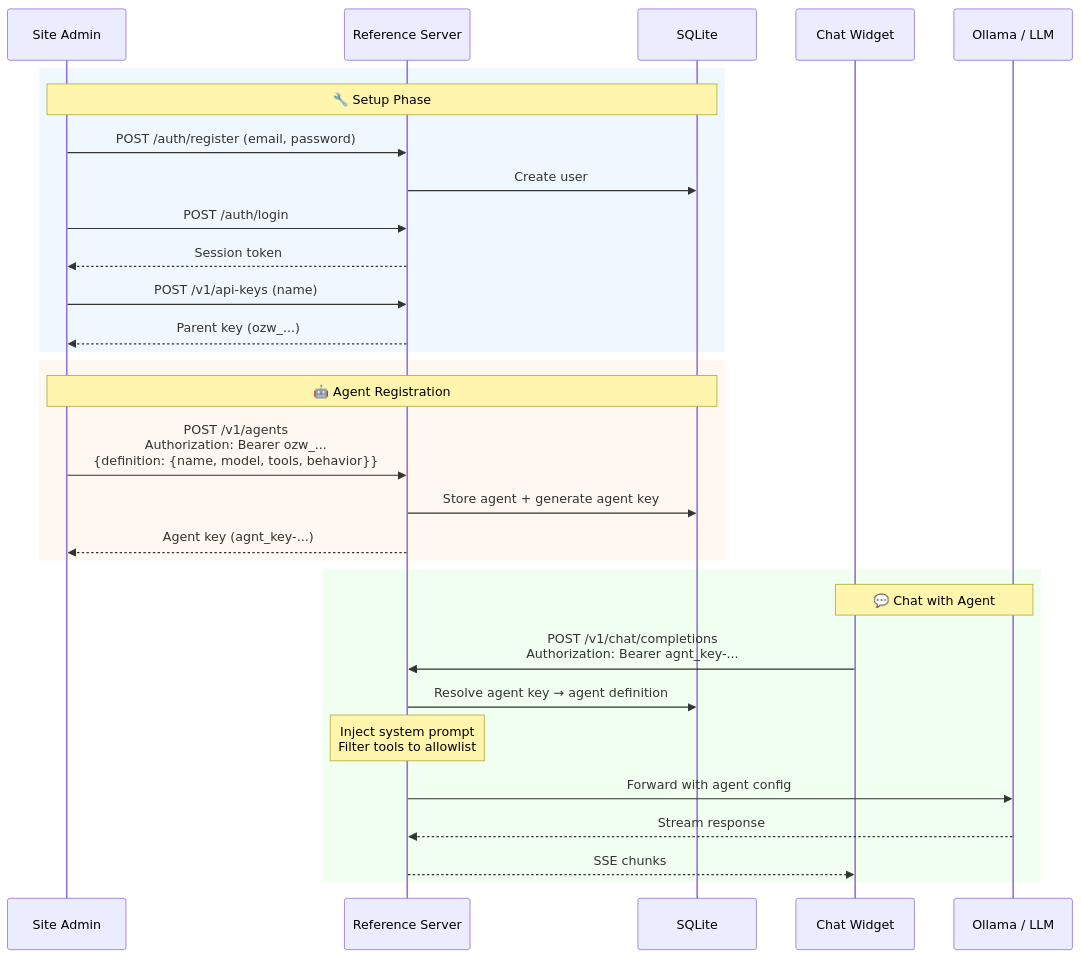
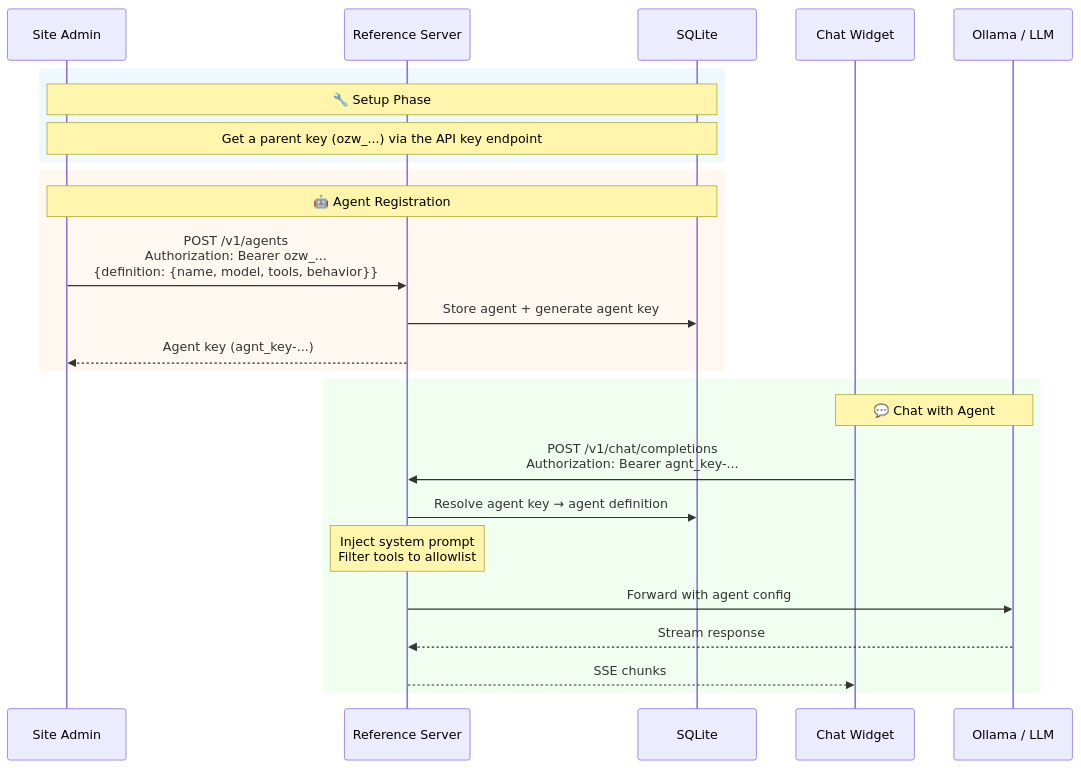
One commit to mieweb/ozwellai-api changed the second of 2 diagrams in reference-server/README.md. Above: the diagram before and after it, drawn with Mermaid. The commit also changed 3 other files, not shown here.

````diff
--- a/reference-server/README.md
+++ b/reference-server/README.md
@@ -91,35 +91,30 @@
 ```mermaid
 sequenceDiagram
     participant Admin as Site Admin
     participant Server as Reference Server
     participant DB as SQLite
     participant Widget as Chat Widget
     participant LLM as Ollama / LLM
 
     rect rgb(240, 248, 255)
     Note over Admin,DB: 🔧 Setup Phase
-    Admin->>Server: POST /auth/register (email, password)
-    Server->>DB: Create user
-    Admin->>Server: POST /auth/login
-    Server-->>Admin: Session token
-    Admin->>Server: POST /v1/api-keys (name)
-    Server-->>Admin: Parent key (ozw_...)
+    Note over Admin,DB: Get a parent key (ozw_...) via the API key endpoint
     end
 
     rect rgb(255, 248, 240)
     Note over Admin,DB: 🤖 Agent Registration
     Admin->>Server: POST /v1/agents<br/>Authorization: Bearer ozw_...<br/>{definition: {name, model, tools, behavior}}
     Server->>DB: Store agent + generate agent key
     Server-->>Admin: Agent key (agnt_key-...)
     end
 
     rect rgb(240, 255, 240)
     Note over Widget,LLM: 💬 Chat with Agent
     Widget->>Server: POST /v1/chat/completions<br/>Authorization: Bearer agnt_key-...
     Server->>DB: Resolve agent key → agent definition
     Note over Server: Inject system prompt<br/>Filter tools to allowlist
     Server->>LLM: Forward with agent config
     LLM-->>Server: Stream response
     Server-->>Widget: SSE chunks
     end
 ```
````
